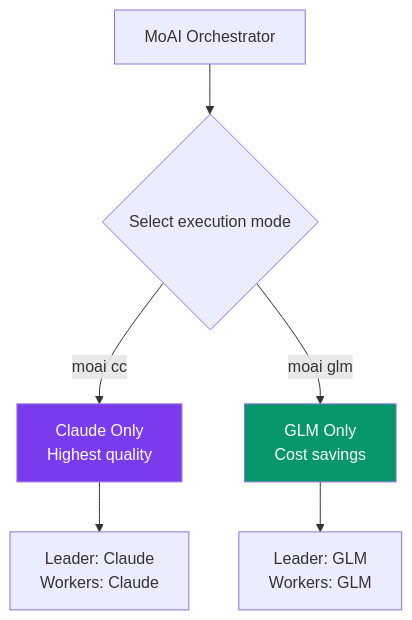
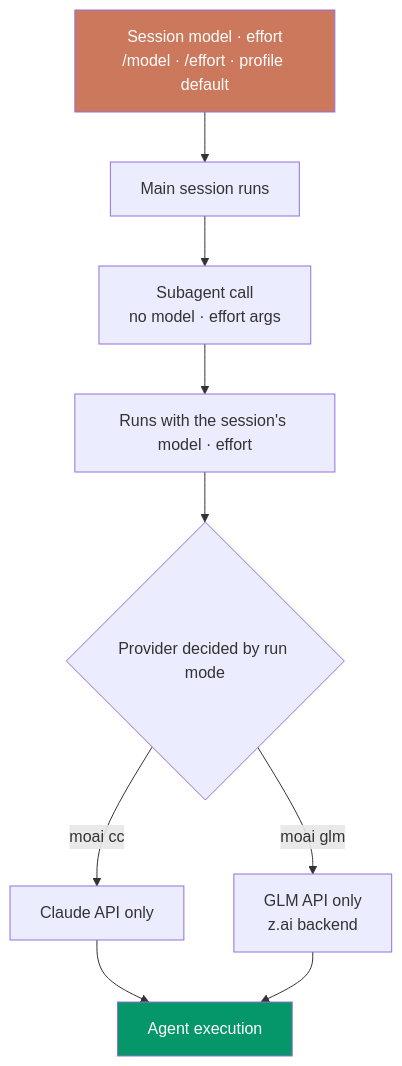
The diagram in docs-site/content/en/multi-llm/_index.md (modu-ai/moai-adk), drawn with Mermaid before and after one commit. The commit also changed other lines of this file and 2 other files, not shown here.

````diff
--- a/docs-site/content/en/multi-llm/_index.md
+++ b/docs-site/content/en/multi-llm/_index.md
@@ -66,12 +126,14 @@
 ```mermaid
-graph TD
-    A["MoAI Orchestrator"] --> B{"Select execution mode"}
-    B -->|"moai cc"| C["Claude Only<br/>Highest quality"]
-    B -->|"moai glm"| D["GLM Only<br/>Cost savings"]
+flowchart TD
+    A["Session model · effort<br/>/model · /effort · profile default"] --> B["Main session runs"]
+    B --> C["Subagent call<br/>no model · effort args"]
+    C --> D["Runs with the session's model · effort"]
+    D --> E{"Provider decided by run mode"}
+    E -->|"moai cc"| F["Claude API only"]
+    E -->|"moai glm"| G["GLM API only<br/>z.ai backend"]
+    F --> I["Agent execution"]
+    G --> I
 
-    C --> F["Leader: Claude<br/>Workers: Claude"]
-    D --> G["Leader: GLM<br/>Workers: GLM"]
-
-    style C fill:#7C3AED,color:#fff
-    style D fill:#059669,color:#fff
+    style A fill:#cc785c,color:#fff
+    style I fill:#059669,color:#fff
 ```
````
